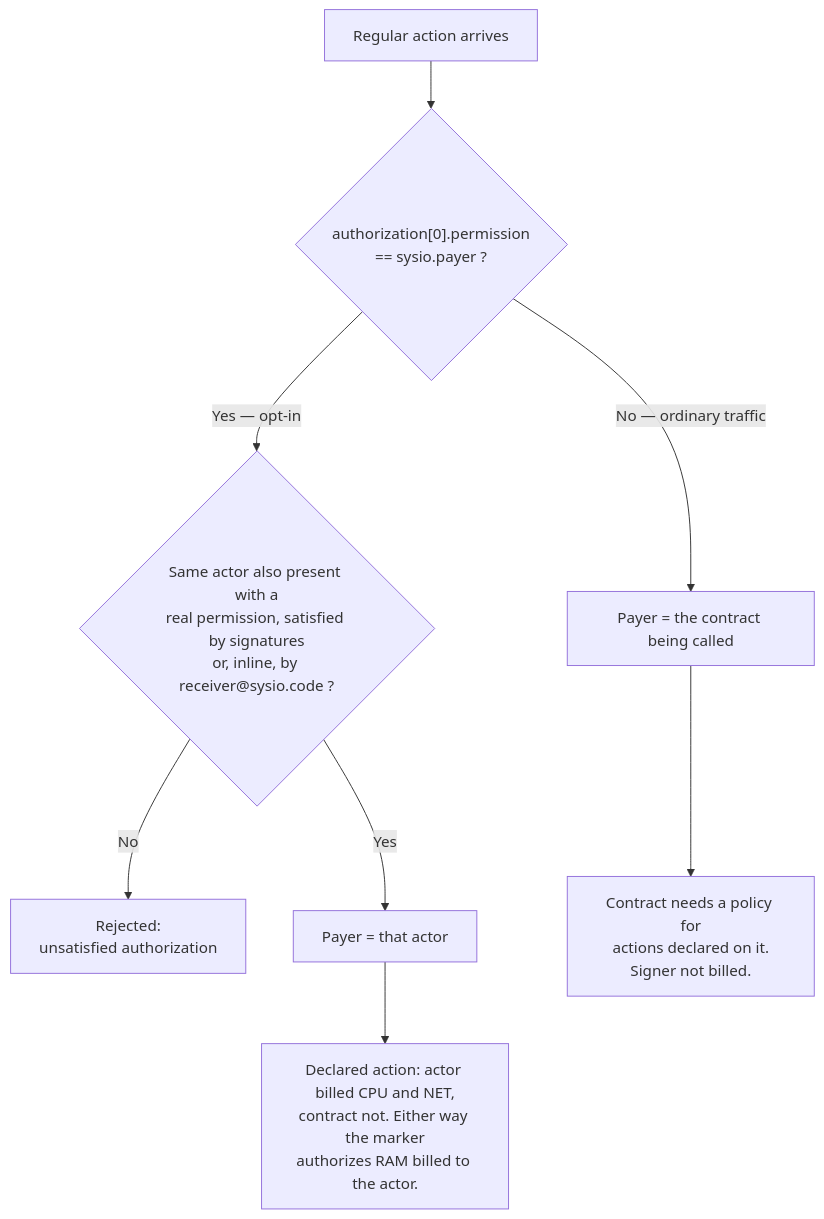
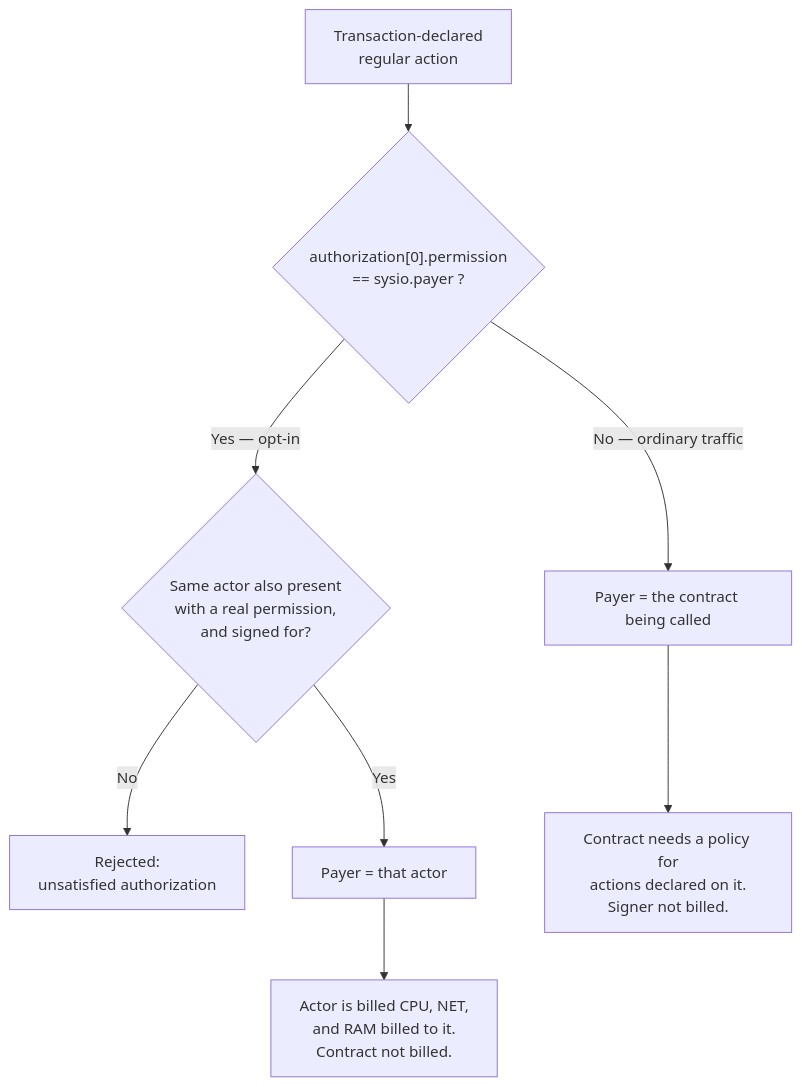
One commit to Wire-Network/wire-sysio changed the diagram in docs/roa-overview.md. Above: the diagram before and after it, drawn with Mermaid. The commit also changed other lines of this file, not shown here.

First line of the commit message:
docs: constrain the payer chart to declared regular actions

````diff
--- a/docs/roa-overview.md
+++ b/docs/roa-overview.md
@@ -155,10 +155,10 @@
 ```mermaid
 flowchart TD
-    A["Regular action arrives"] --> B{"authorization[0].permission<br/>== sysio.payer ?"}
+    A["Transaction-declared<br/>regular action"] --> B{"authorization[0].permission<br/>== sysio.payer ?"}
     B -->|"No — ordinary traffic"| C["Payer = the contract being called"]
-    B -->|"Yes — opt-in"| D{"Same actor also present with a<br/>real permission, satisfied by signatures<br/>or, inline, by receiver@sysio.code ?"}
+    B -->|"Yes — opt-in"| D{"Same actor also present<br/>with a real permission,<br/>and signed for?"}
     D -->|"No"| E["Rejected:<br/>unsatisfied authorization"]
     D -->|"Yes"| F["Payer = that actor"]
     C --> G["Contract needs a policy for<br/>actions declared on it.<br/>Signer not billed."]
-    F --> H["Declared action: actor billed CPU and NET,<br/>contract not. Either way the marker<br/>authorizes RAM billed to the actor."]
+    F --> H["Actor is billed CPU, NET,<br/>and RAM billed to it.<br/>Contract not billed."]
 ```
````
